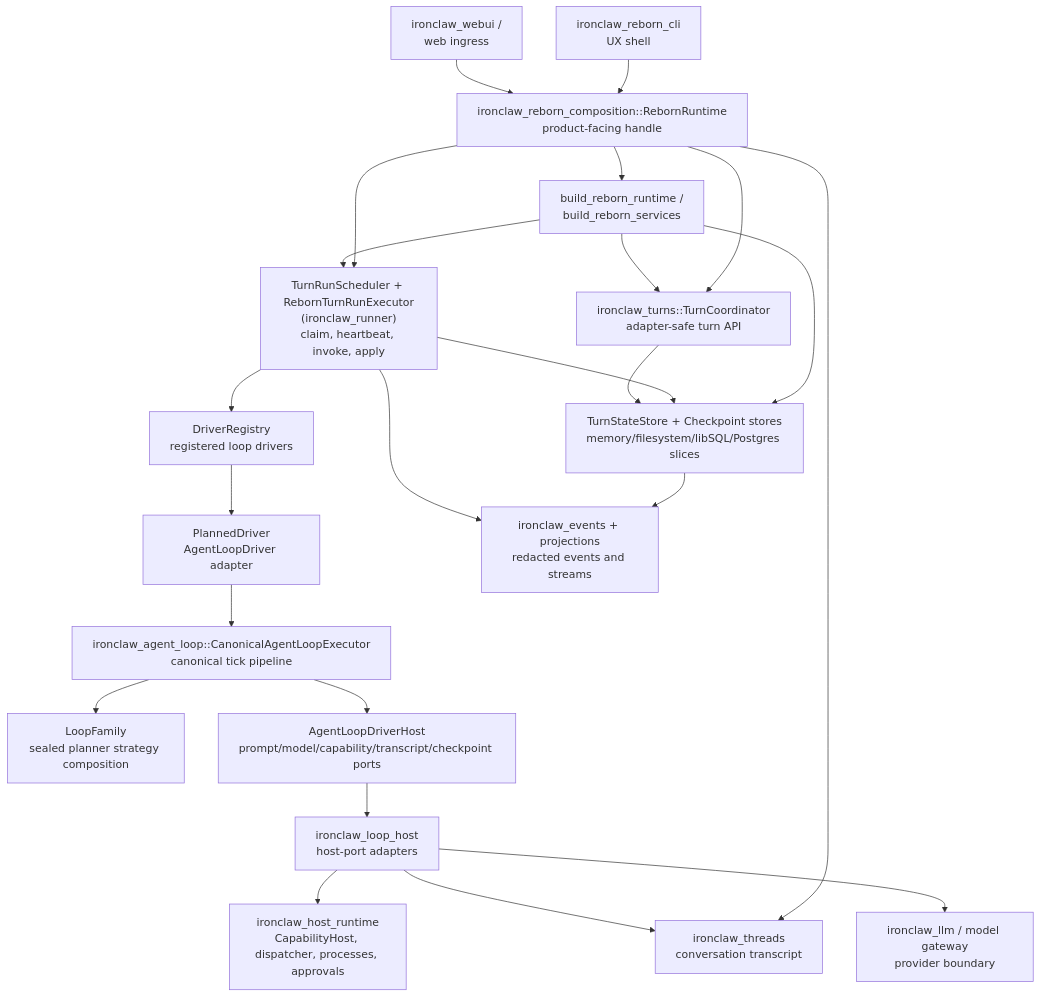
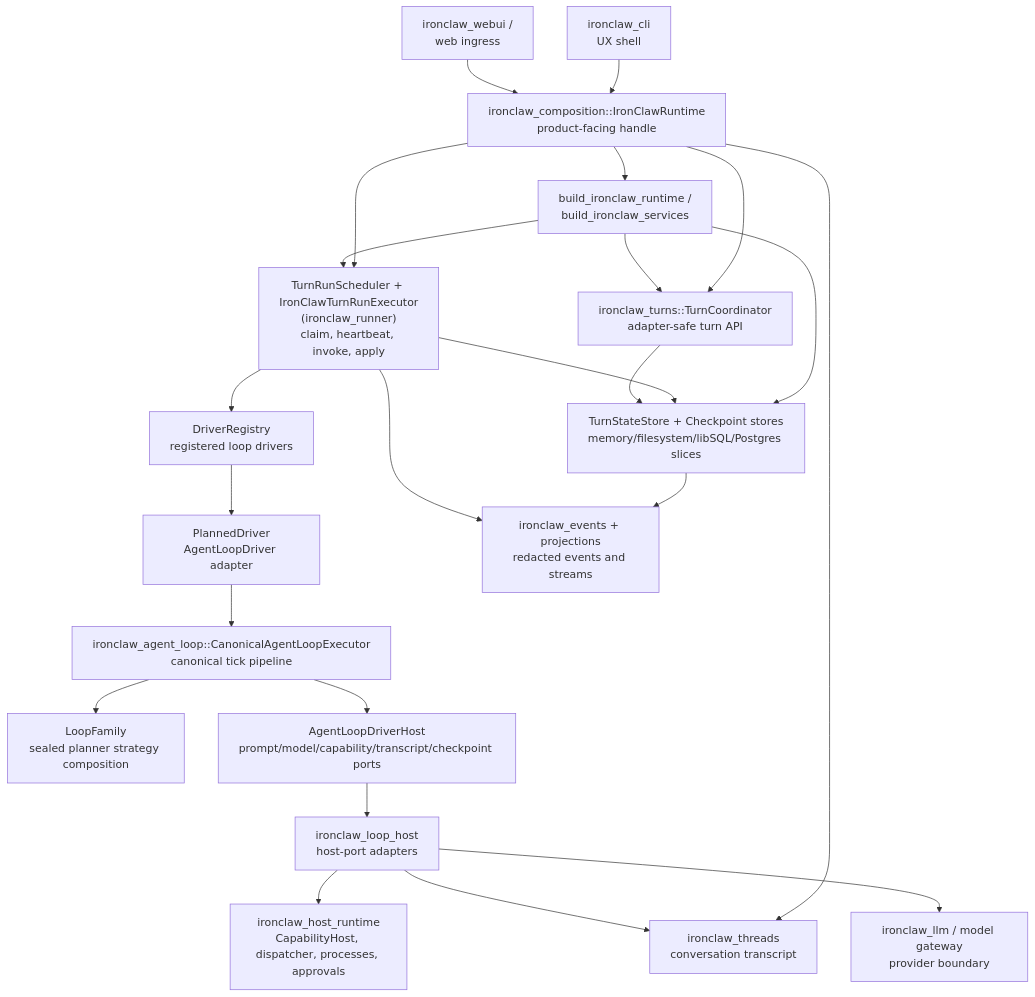
Before and after one commit to nearai/ironclaw: the second of 7 diagrams in crates/Architecture.md, drawn with Mermaid. The commit also changed other lines of this file and 2069 other files, not shown here.

````diff
--- a/crates/Architecture.md
+++ b/crates/Architecture.md
@@ -292,43 +292,43 @@
 ```mermaid
 flowchart TD
-    CLI["ironclaw_reborn_cli\nUX shell"]
+    CLI["ironclaw_cli\nUX shell"]
     WebUI["ironclaw_webui /\nweb ingress"]
-    Runtime["ironclaw_reborn_composition::RebornRuntime\nproduct-facing handle"]
-    Factory["build_reborn_runtime /\nbuild_reborn_services"]
+    Runtime["ironclaw_composition::IronClawRuntime\nproduct-facing handle"]
+    Factory["build_ironclaw_runtime /\nbuild_ironclaw_services"]
     Coordinator["ironclaw_turns::TurnCoordinator\nadapter-safe turn API"]
     Store["TurnStateStore + Checkpoint stores\nmemory/filesystem/libSQL/Postgres slices"]
-    Worker["TurnRunScheduler + RebornTurnRunExecutor\n(ironclaw_runner)\nclaim, heartbeat, invoke, apply"]
+    Worker["TurnRunScheduler + IronClawTurnRunExecutor\n(ironclaw_runner)\nclaim, heartbeat, invoke, apply"]
     Registry["DriverRegistry\nregistered loop drivers"]
     Planned["PlannedDriver\nAgentLoopDriver adapter"]
     Executor["ironclaw_agent_loop::CanonicalAgentLoopExecutor\ncanonical tick pipeline"]
     Family["LoopFamily\nsealed planner strategy composition"]
     Host["AgentLoopDriverHost\nprompt/model/capability/transcript/checkpoint ports"]
     LoopSupport["ironclaw_loop_host\nhost-port adapters"]
     HostRuntime["ironclaw_host_runtime\nCapabilityHost, dispatcher, processes, approvals"]
     LLM["ironclaw_llm / model gateway\nprovider boundary"]
     Threads["ironclaw_threads\nconversation transcript"]
     Events["ironclaw_events + projections\nredacted events and streams"]
 
     CLI --> Runtime
     WebUI --> Runtime
     Runtime --> Factory
     Runtime --> Threads
     Runtime --> Coordinator
     Runtime --> Worker
     Factory --> Coordinator
     Factory --> Store
     Factory --> Worker
     Worker --> Store
     Worker --> Registry
     Registry --> Planned
     Planned --> Executor
     Executor --> Family
     Executor --> Host
     Host --> LoopSupport
     LoopSupport --> HostRuntime
     LoopSupport --> LLM
     LoopSupport --> Threads
     Coordinator --> Store
     Store --> Events
     Worker --> Events
 ```
````
